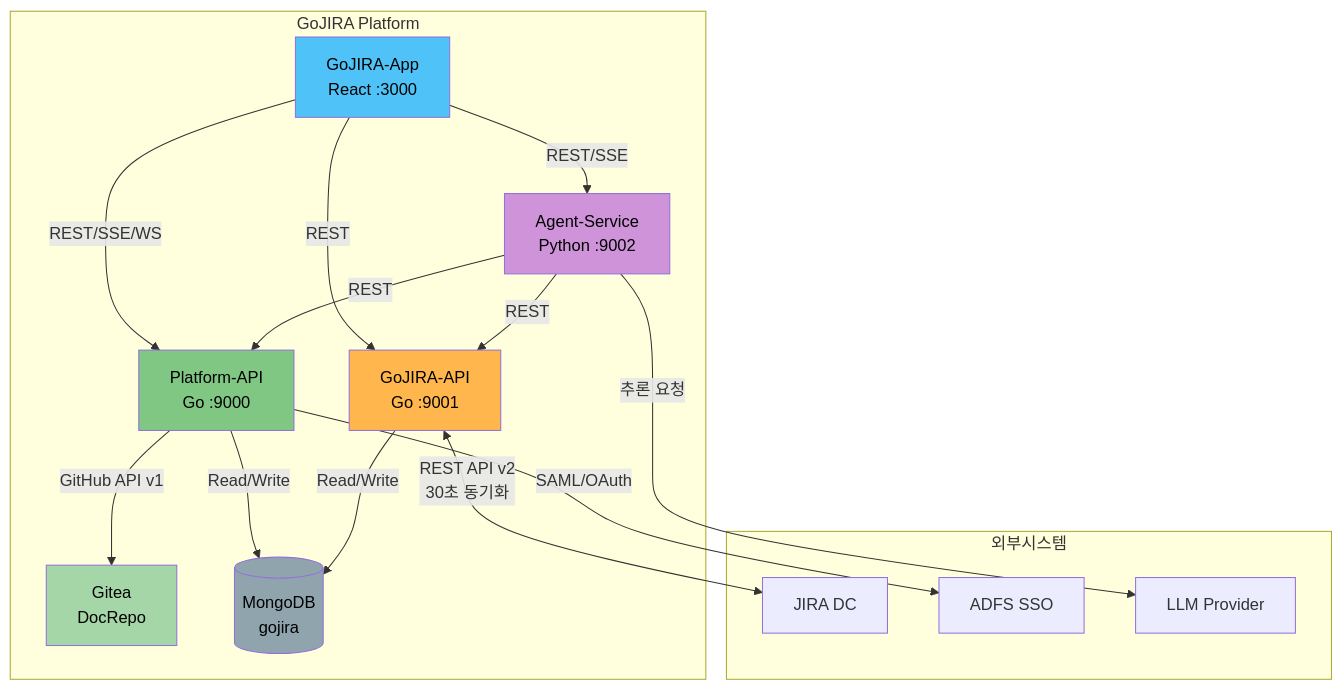
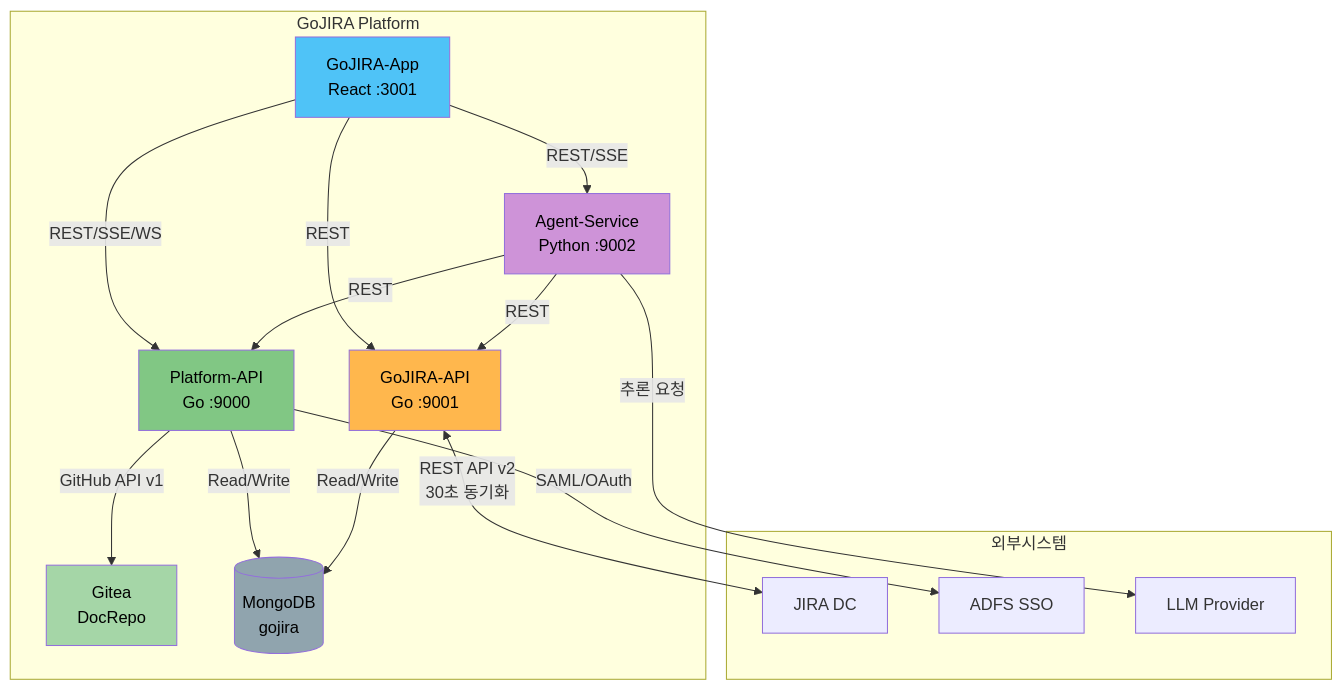
Before and after one commit to archi-duke/GoJIRA: the seventh of 7 diagrams in docs/requirements.md, drawn with Mermaid. The commit also changed other lines of this file and 3 other files, not shown here.

````diff
--- a/docs/requirements.md
+++ b/docs/requirements.md
@@ -554,40 +555,40 @@
 ```mermaid
 flowchart TB
     subgraph 외부시스템
         JIRA[JIRA DC]
         ADFS[ADFS SSO]
         LLM[LLM Provider]
     end
 
     subgraph GoJIRA["GoJIRA Platform"]
-        APP[GoJIRA-App<br/>React :3000]
+        APP[GoJIRA-App<br/>React :3001]
         PLAT[Platform-API<br/>Go :9000]
         GAPI[GoJIRA-API<br/>Go :9001]
         AGENT[Agent-Service<br/>Python :9002]
         GITEA[Gitea<br/>DocRepo]
         MONGO[(MongoDB<br/>gojira)]
     end
 
     APP -->|REST/SSE/WS| PLAT
     APP -->|REST| GAPI
     APP -->|REST/SSE| AGENT
 
     PLAT -->|Read/Write| MONGO
     GAPI -->|Read/Write| MONGO
 
     PLAT -->|GitHub API v1| GITEA
     PLAT -->|SAML/OAuth| ADFS
 
     GAPI <-->|REST API v2<br/>30초 동기화| JIRA
 
     AGENT -->|REST| GAPI
     AGENT -->|REST| PLAT
     AGENT -->|추론 요청| LLM
 
     style APP fill:#4FC3F7,color:#000
     style PLAT fill:#81C784,color:#000
     style GAPI fill:#FFB74D,color:#000
     style AGENT fill:#CE93D8,color:#000
     style MONGO fill:#90A4AE,color:#000
     style GITEA fill:#A5D6A7,color:#000
 ```
````
